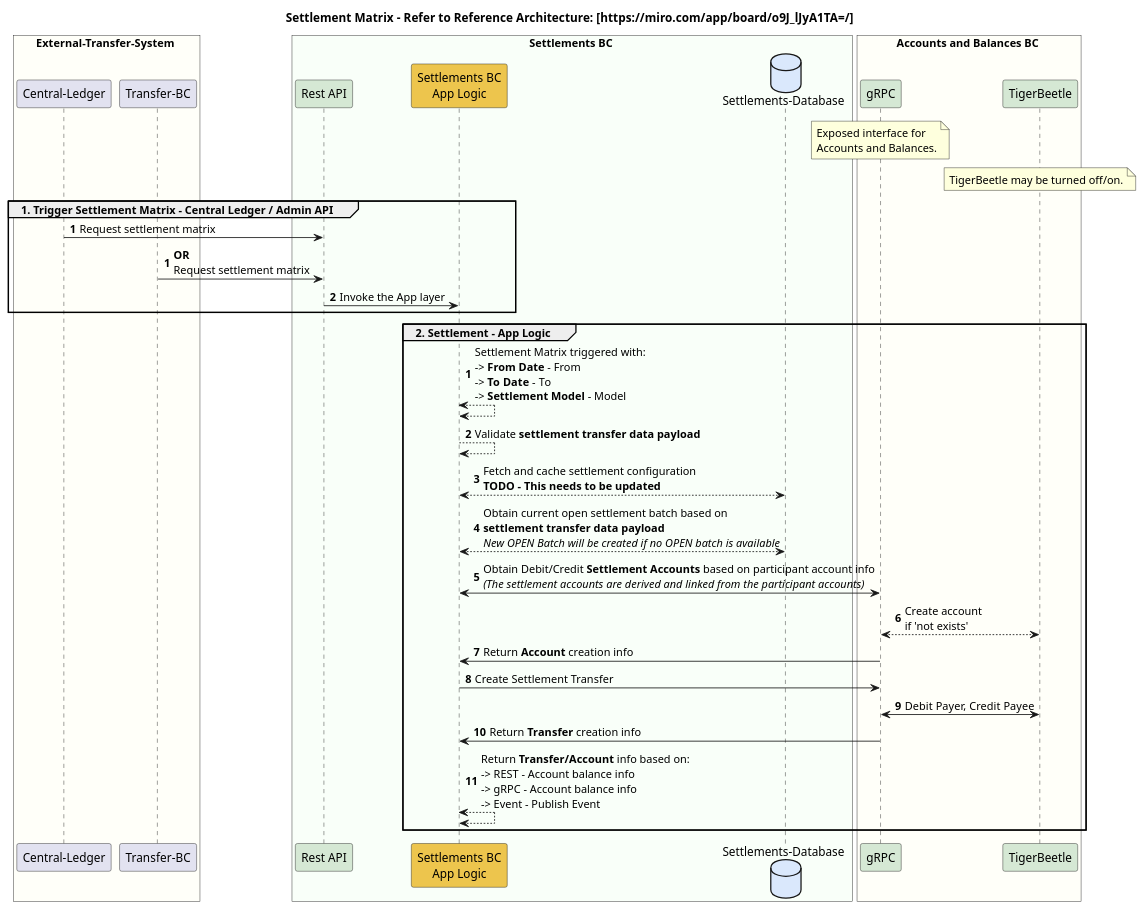
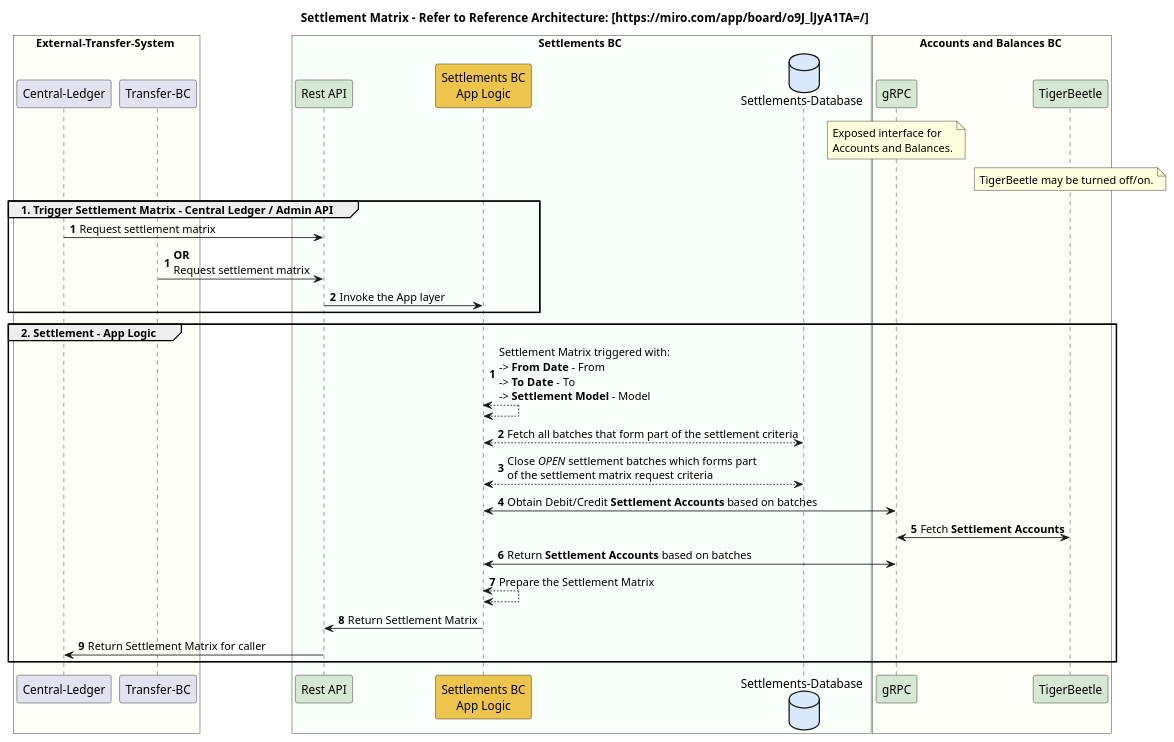
One commit to mojaloop/settlements-bc changed the diagram in docs/flows/02-settlement-matrix.puml. Above: the diagram before and after it, drawn with PlantUML. The commit also changed 1 other file, not shown here.

Commit message:
Flows dreft final for now

```diff
--- a/docs/flows/02-settlement-matrix.puml
+++ b/docs/flows/02-settlement-matrix.puml
@@ -1,51 +1,49 @@
 @startuml
 
 title Settlement Matrix - Refer to Reference Architecture: [https://miro.com/app/board/o9J_lJyA1TA=/]
 
 box External-Transfer-System #FFFFF9
     participant "Central-Ledger" as ext_cl
     participant "Transfer-BC" as ext_transfers_bc
 end box
 
 box Settlements BC #F9FFF9
 	participant "Rest API" as sbc_rest #D5E8D4
 	participant "Settlements BC\nApp Logic" as sbc_app_logic #EDC54D
 	database "Settlements-Database" as sbc_db #DAE8FC
 end box
 
 box Accounts and Balances BC #FFFFF9
     participant "gRPC" as abbc_grpc #D5E8D4
     participant "TigerBeetle" as abbc_tigerbeetle #D5E8D4
     note over abbc_grpc
         Exposed interface for
         Accounts and Balances.
     end note
     note over abbc_tigerbeetle
         TigerBeetle may be turned off/on.
     end note
 end box
 
 group 1. Trigger Settlement Matrix - Central Ledger / Admin API
 autonumber
     ext_cl -> sbc_rest : Request settlement matrix
 autonumber
     ext_transfers_bc -> sbc_rest : **OR** \nRequest settlement matrix
     sbc_rest -> sbc_app_logic : Invoke the App layer
 end
 
 group 2. Settlement - App Logic
 autonumber
     sbc_app_logic <--> sbc_app_logic: Settlement Matrix triggered with:\n-> **From Date** - From\n-> **To Date** - To\n-> **Settlement Model** - Model
-    sbc_app_logic --> sbc_app_logic : Validate **settlement transfer data payload**
-    sbc_app_logic <--> sbc_db : Fetch and cache settlement configuration\n**TODO - This needs to be updated**
-    sbc_app_logic <--> sbc_db : Obtain current open settlement batch based on \n**settlement transfer data payload**\n//New OPEN Batch will be created if no OPEN batch is available//
-    sbc_app_logic <-> abbc_grpc : Obtain Debit/Credit **Settlement Accounts** based on participant account info\n//(The settlement accounts are derived and linked from the participant accounts)//
-    abbc_grpc <--> abbc_tigerbeetle : Create account \nif 'not exists'
-    abbc_grpc -> sbc_app_logic : Return **Account** creation info
-    sbc_app_logic -> abbc_grpc: Create Settlement Transfer
-    abbc_grpc <-> abbc_tigerbeetle: Debit Payer, Credit Payee
-    abbc_grpc -> sbc_app_logic : Return **Transfer** creation info
-    sbc_app_logic <--> sbc_app_logic: Return **Transfer/Account** info based on: \n-> REST - Account balance info\n-> gRPC - Account balance info\n-> Event - Publish Event
+    sbc_app_logic <--> sbc_db : Fetch all batches that form part of the settlement criteria
+    sbc_app_logic <--> sbc_db : Close //OPEN// settlement batches which forms part \nof the settlement matrix request criteria
+    sbc_app_logic <-> abbc_grpc : Obtain Debit/Credit **Settlement Accounts** based on batches
+    abbc_grpc <-> abbc_tigerbeetle: Fetch **Settlement Accounts**
+    abbc_grpc <-> sbc_app_logic : Return **Settlement Accounts** based on batches
+    sbc_app_logic <--> sbc_app_logic : Prepare the Settlement Matrix
+    sbc_app_logic -> sbc_rest : Return Settlement Matrix
+    sbc_rest -> ext_cl : Return Settlement Matrix for caller
 end
 
 @enduml
```
